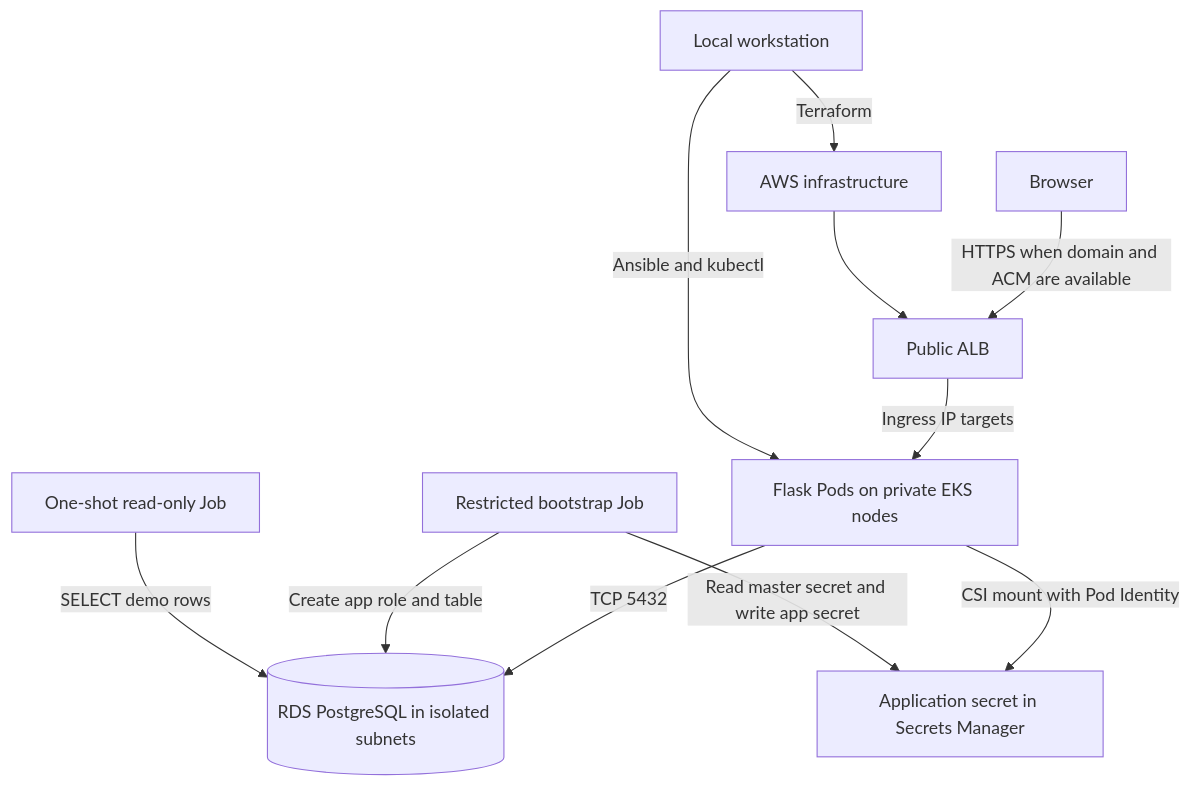
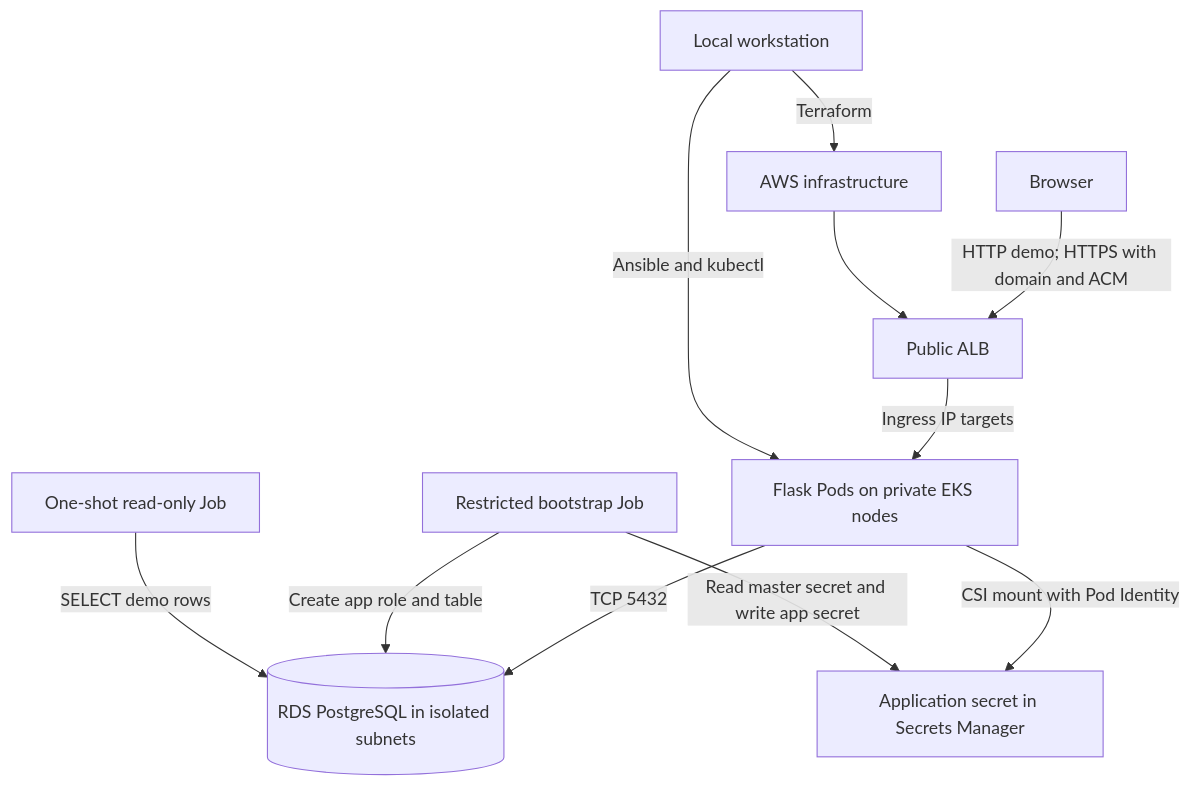
Before and after one commit to WarriorWiras/contact-form-aws: the diagram in docs/architecture.md, drawn with Mermaid. The commit also changed other lines of this file and 4 other files, not shown here.

````diff
--- a/docs/architecture.md
+++ b/docs/architecture.md
@@ -3,13 +3,13 @@
 ```mermaid
 flowchart TB
-    U[Browser] -->|HTTPS when domain and ACM are available| ALB[Public ALB]
+    U[Browser] -->|HTTP demo; HTTPS with domain and ACM| ALB[Public ALB]
     ALB -->|Ingress IP targets| APP[Flask Pods on private EKS nodes]
     APP -->|TCP 5432| DB[(RDS PostgreSQL in isolated subnets)]
     APP -->|CSI mount with Pod Identity| AS[Application secret in Secrets Manager]
     JOB[Restricted bootstrap Job] -->|Create app role and table| DB
     JOB -->|Read master secret and write app secret| AS
     VERIFY[One-shot read-only Job] -->|SELECT demo rows| DB
     WS[Local workstation] -->|Terraform| AWS[AWS infrastructure]
     WS -->|Ansible and kubectl| APP
     AWS --> ALB
 ```
````
